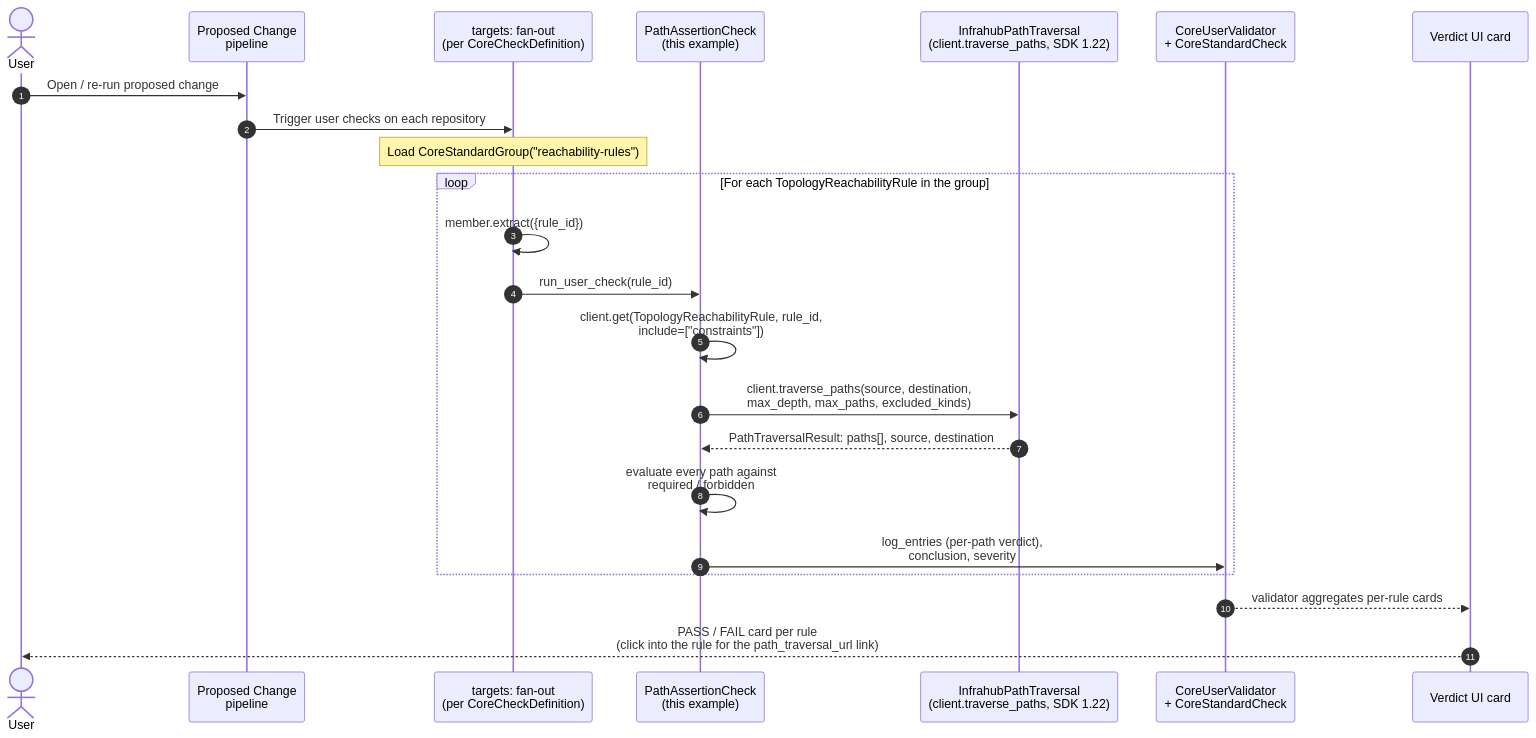
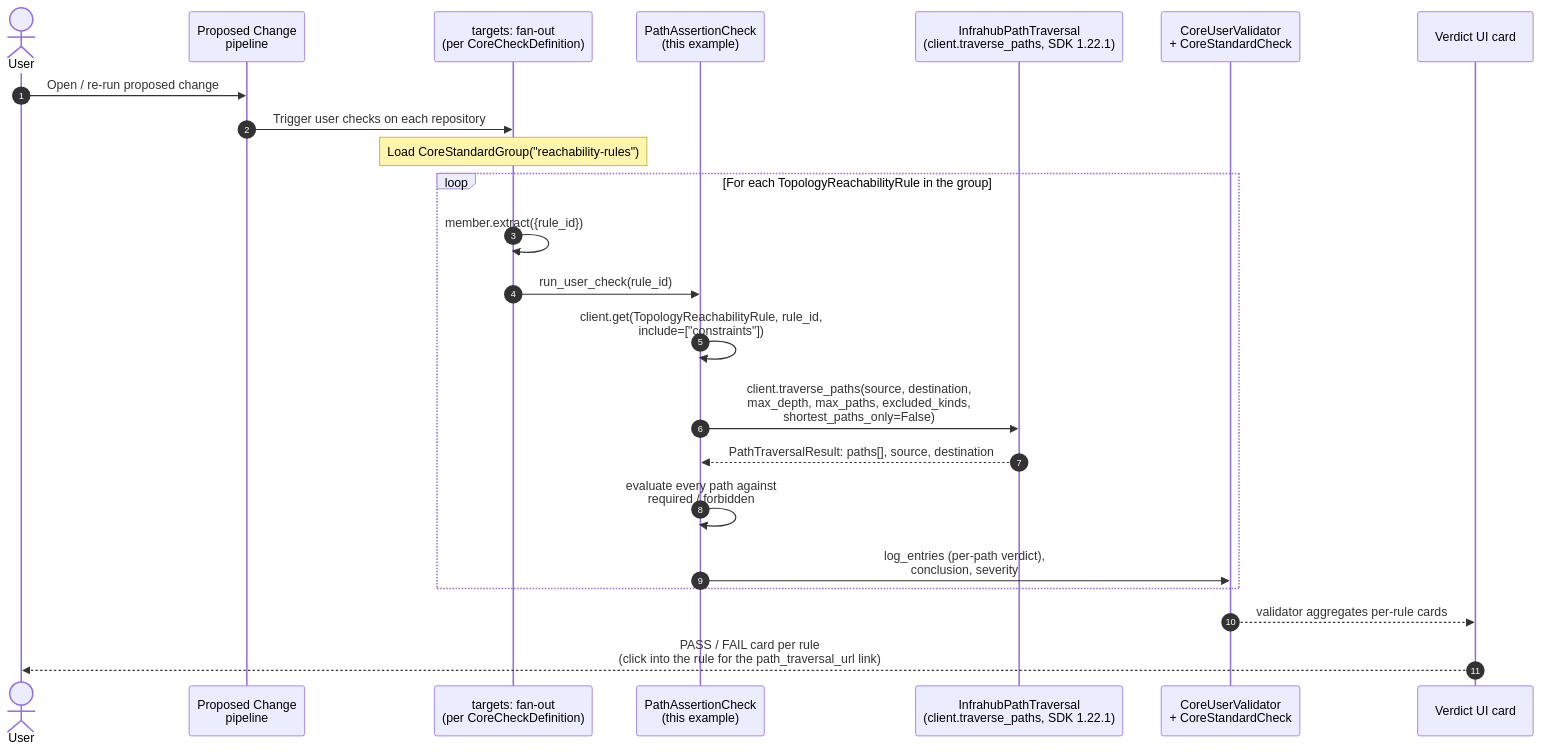
The first of 2 diagrams in docs/IMPLEMENTATION.md (opsmill/infrahub-demo-reachability-check), drawn with Mermaid before and after one commit. The commit also changed other lines of this file and 7 other files, not shown here.

First line of the commit message:
Adopt released infrahub-sdk 1.22.1: all-paths traversal via SDK

````diff
--- a/docs/IMPLEMENTATION.md
+++ b/docs/IMPLEMENTATION.md
@@ -158,26 +161,26 @@
 ```mermaid
 sequenceDiagram
     autonumber
     actor User
     participant PC as Proposed Change<br/>pipeline
     participant Fan as targets: fan-out<br/>(per CoreCheckDefinition)
     participant Check as PathAssertionCheck<br/>(this example)
-    participant GQL as InfrahubPathTraversal<br/>(client.traverse_paths, SDK 1.22)
+    participant GQL as InfrahubPathTraversal<br/>(client.traverse_paths, SDK 1.22.1)
     participant Verdict as CoreUserValidator<br/>+ CoreStandardCheck
     participant UI as Verdict UI card
 
     User->>PC: Open / re-run proposed change
     PC->>Fan: Trigger user checks on each repository
     Note over Fan: Load CoreStandardGroup("reachability-rules")
     loop For each TopologyReachabilityRule in the group
         Fan->>Fan: member.extract({rule_id})
         Fan->>Check: run_user_check(rule_id)
         Check->>Check: client.get(TopologyReachabilityRule, rule_id,<br/>include=["constraints"])
-        Check->>GQL: client.traverse_paths(source, destination,<br/>max_depth, max_paths, excluded_kinds)
+        Check->>GQL: client.traverse_paths(source, destination,<br/>max_depth, max_paths, excluded_kinds,<br/>shortest_paths_only=False)
         GQL-->>Check: PathTraversalResult: paths[], source, destination
         Check->>Check: evaluate every path against<br/>required / forbidden
         Check->>Verdict: log_entries (per-path verdict),<br/>conclusion, severity
     end
     Verdict-->>UI: validator aggregates per-rule cards
     UI-->>User: PASS / FAIL card per rule<br/>(click into the rule for the path_traversal_url link)
 ```
````
